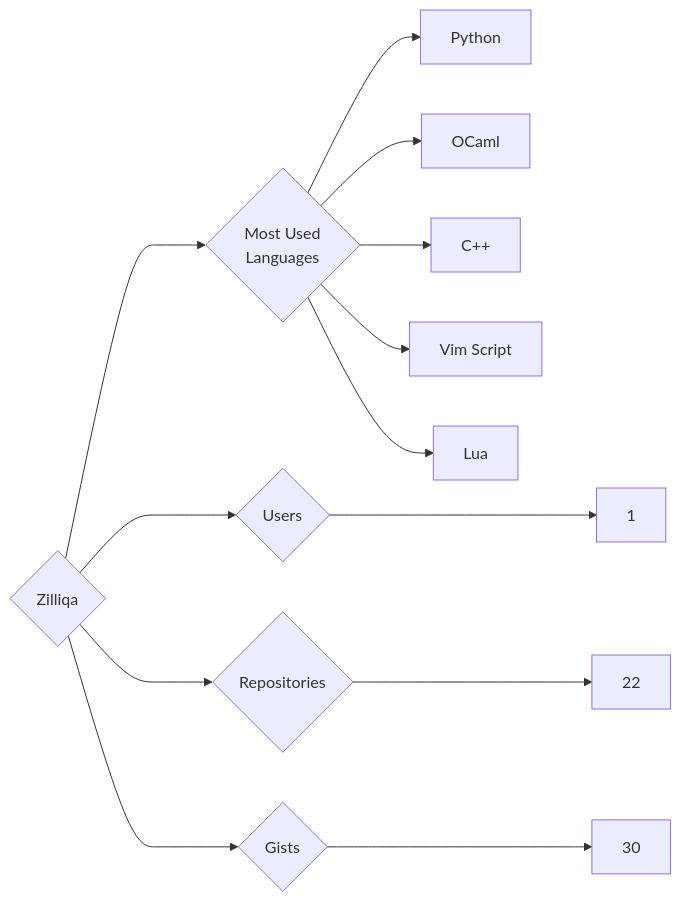
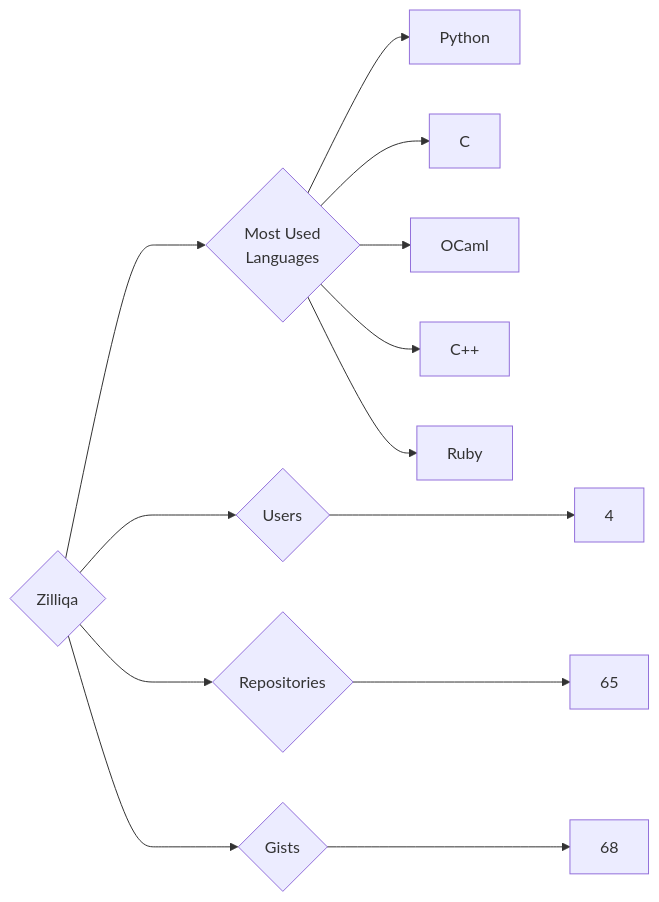
One commit to trickest/insiders changed the diagram in targets/Zilliqa/README.md. Above: the diagram before and after it, drawn with Mermaid. The commit also changed 534 other files, not shown here.

````diff
--- a/targets/Zilliqa/README.md
+++ b/targets/Zilliqa/README.md
@@ -3,13 +3,13 @@
 ```mermaid
 graph LR
 COMPANY_NAME{Zilliqa}
-COMPANY_NAME ---> U{Users} ---> UN[1]
-COMPANY_NAME ---> R{Repositories} ---> RN[22]
-COMPANY_NAME ---> G{Gists} ---> GN[30]
+COMPANY_NAME ---> U{Users} ---> UN[4]
+COMPANY_NAME ---> R{Repositories} ---> RN[65]
+COMPANY_NAME ---> G{Gists} ---> GN[68]
 COMPANY_NAME ---> ML{Most Used<br>Languages}
 ML --> Python[Python]
+ML --> C[C]
 ML --> OCaml[OCaml]
 ML --> C++[C++]
-ML --> Vim_Script[Vim Script]
-ML --> Lua[Lua]
+ML --> Ruby[Ruby]
 ```
````
